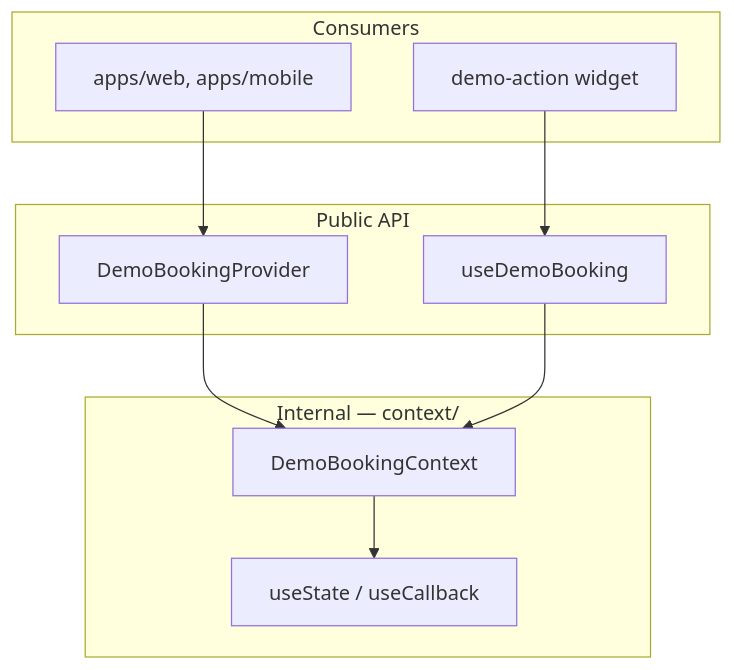
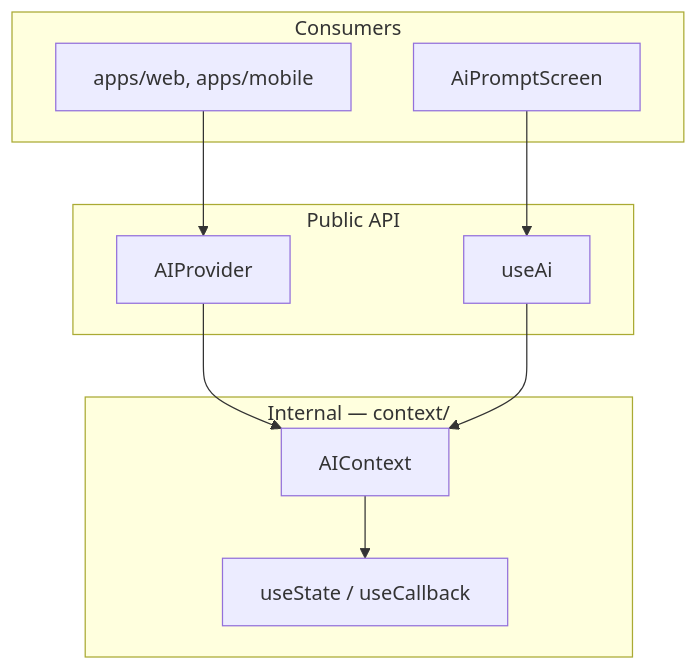
One commit to neetigyachahar/ghoomai changed the third of 5 diagrams in packages/widgets/ARCHITECTURE.md. Above: the diagram before and after it, drawn with Mermaid. The commit also changed other lines of this file and 63 other files, not shown here.

````diff
--- a/packages/widgets/ARCHITECTURE.md
+++ b/packages/widgets/ARCHITECTURE.md
@@ -205,23 +207,23 @@
 ```mermaid
 flowchart TB
   subgraph publicAPI [Public API]
-    Provider[DemoBookingProvider]
-    Hook[useDemoBooking]
+    Provider[AIProvider]
+    Hook[useAi]
   end
 
   subgraph internal [Internal — context/]
-    Ctx[DemoBookingContext]
+    Ctx[AIContext]
     State[useState / useCallback]
   end
 
   subgraph consumers [Consumers]
     App[apps/web, apps/mobile]
-    Widget[demo-action widget]
+    Screen[AiPromptScreen]
   end
 
   App --> Provider
   Provider --> Ctx
   Ctx --> State
-  Widget --> Hook
+  Screen --> Hook
   Hook --> Ctx
 ```
````
